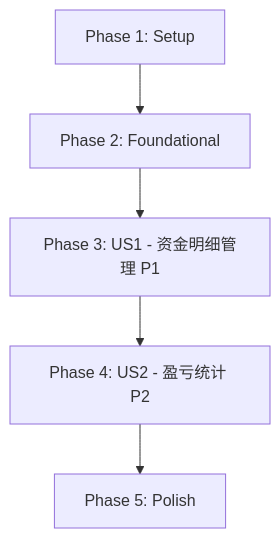
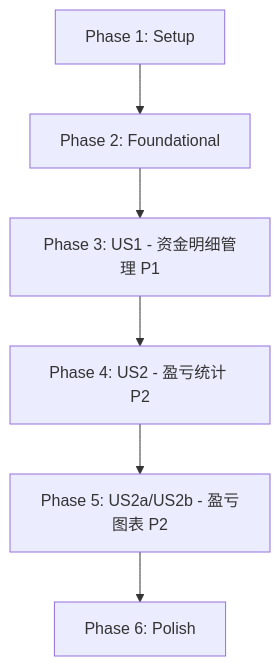
The diagram in specs/013-fund-management/tasks.md (dolphinzb/StockAnalyzer), drawn with Mermaid before and after one commit. The commit also changed other lines of this file and 11 other files, not shown here.

First line of the commit message:
feat(fund-management): 添加年度和月度盈亏柱状图功能

````diff
--- a/specs/013-fund-management/tasks.md
+++ b/specs/013-fund-management/tasks.md
@@ -12,7 +12,8 @@
 ```mermaid
 graph TD
     A[Phase 1: Setup] --> B[Phase 2: Foundational]
     B --> C[Phase 3: US1 - 资金明细管理 P1]
     C --> D[Phase 4: US2 - 盈亏统计 P2]
-    D --> E[Phase 5: Polish]
+    D --> E[Phase 5: US2a/US2b - 盈亏图表 P2]
+    E --> F[Phase 6: Polish]
 ```
````
